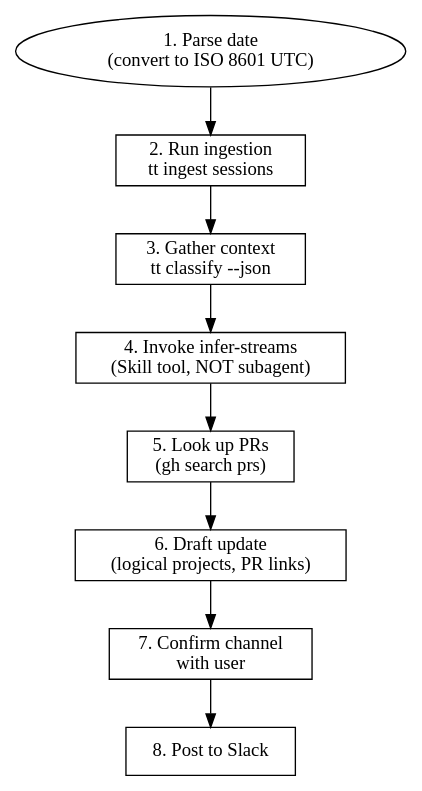
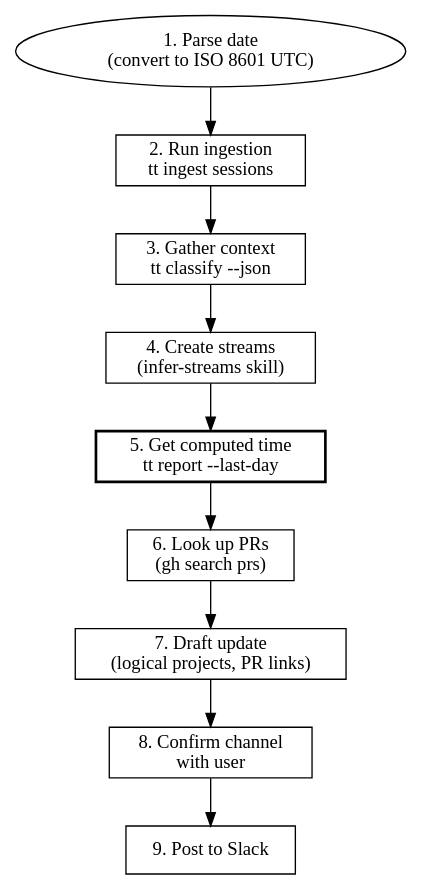
The diagram in .opencode/skills/daily-standup/SKILL.md (sjawhar/time-tracker), drawn with Graphviz before and after one commit. The commit also changed other lines of this file, not shown here.

First line of the commit message:
fix(daily-standup): enforce tt report as sole source of time data (#23)

````diff
--- a/.opencode/skills/daily-standup/SKILL.md
+++ b/.opencode/skills/daily-standup/SKILL.md
@@ -19,17 +19,18 @@
 ```dot
 digraph standup {
   rankdir=TB;
   node [shape=box];
 
   start [label="1. Parse date\n(convert to ISO 8601 UTC)" shape=ellipse];
   ingest [label="2. Run ingestion\ntt ingest sessions"];
   gather [label="3. Gather context\ntt classify --json"];
-  analyze [label="4. Invoke infer-streams\n(Skill tool, NOT subagent)"];
-  prs [label="5. Look up PRs\n(gh search prs)"];
-  draft [label="6. Draft update\n(logical projects, PR links)"];
-  confirm [label="7. Confirm channel\nwith user"];
-  post [label="8. Post to Slack"];
+  analyze [label="4. Create streams\n(infer-streams skill)"];
+  compute [label="5. Get computed time\ntt report --last-day" style=bold];
+  prs [label="6. Look up PRs\n(gh search prs)"];
+  draft [label="7. Draft update\n(logical projects, PR links)"];
+  confirm [label="8. Confirm channel\nwith user"];
+  post [label="9. Post to Slack"];
 
-  start -> ingest -> gather -> analyze -> prs -> draft -> confirm -> post;
+  start -> ingest -> gather -> analyze -> compute -> prs -> draft -> confirm -> post;
 }
 ```
````
